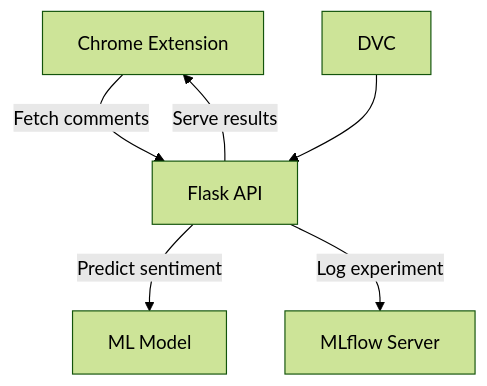
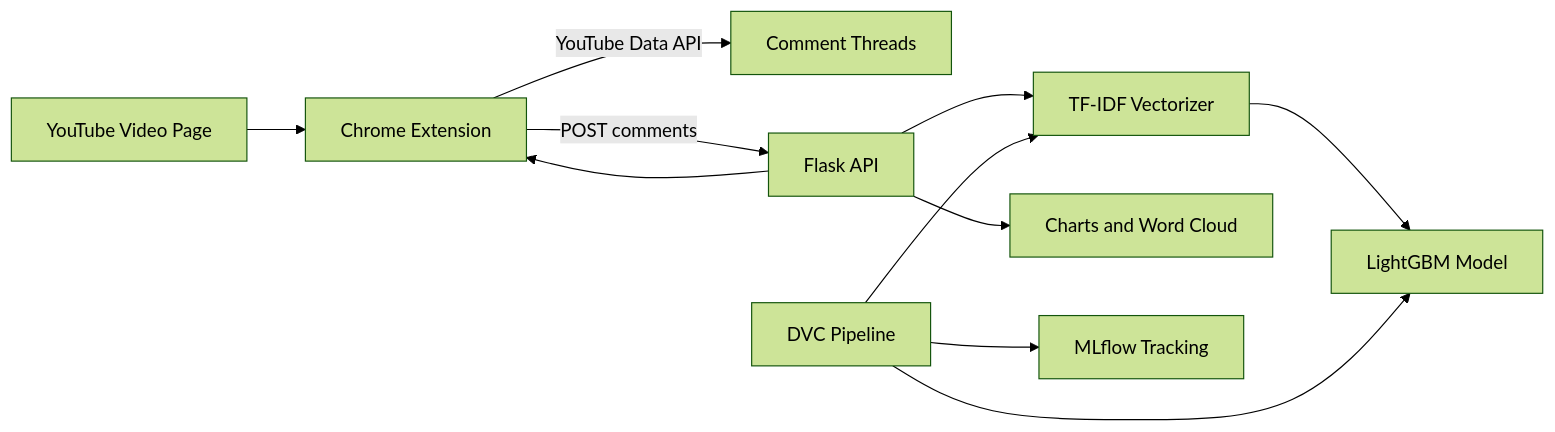
The diagram in README.md (ethanvillalovoz/sentisync), drawn with Mermaid (forest theme) before and after one commit. The commit also changed other lines of this file and 16 other files, not shown here.

````diff
--- a/README.md
+++ b/README.md
@@ -215,8 +26,13 @@
 ```mermaid
-flowchart TD
-    A[Chrome Extension] -->|Fetch comments| B[Flask API]
-    B -->|Predict sentiment| C[ML Model]
-    B -->|Log experiment| D[MLflow Server]
-    B -->|Serve results| A
-    E[DVC] --> B
+flowchart LR
+    A[YouTube Video Page] --> B[Chrome Extension]
+    B -->|YouTube Data API| C[Comment Threads]
+    B -->|POST comments| D[Flask API]
+    D --> E[TF-IDF Vectorizer]
+    E --> F[LightGBM Model]
+    D --> G[Charts and Word Cloud]
+    D --> B
+    H[DVC Pipeline] --> E
+    H --> F
+    H --> I[MLflow Tracking]
 ```
````
